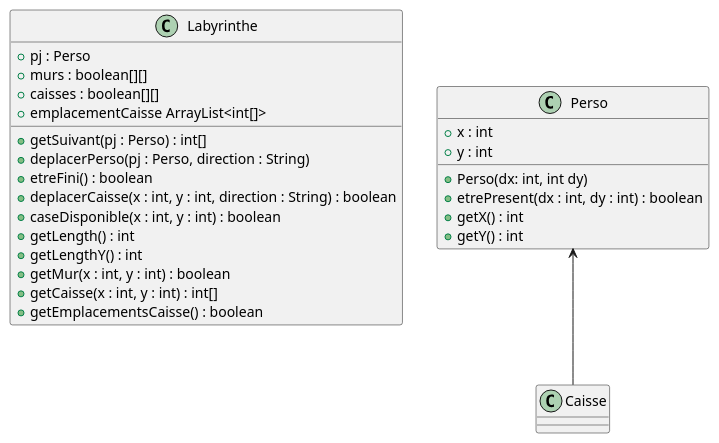
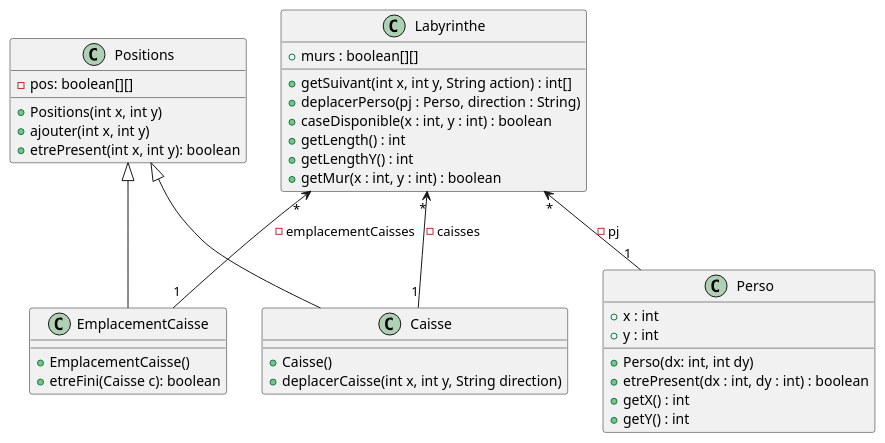
The diagram in documents/version_3/Modification du diagramme de classe de Labyrinthe.puml (Flotss/Zeldiablo), drawn with PlantUML before and after one commit. The commit also changed 1 other file, not shown here.

```diff
--- a/documents/version_3/Modification du diagramme de classe de Labyrinthe.puml
+++ b/documents/version_3/Modification du diagramme de classe de Labyrinthe.puml
@@ -1,35 +1,46 @@
 @startuml
 
 class Labyrinthe{
-    + pj : Perso
     + murs : boolean[][]
-    + caisses : boolean[][]
-    + emplacementCaisse ArrayList<int[]>
-    + getSuivant(pj : Perso) : int[]
+    + getSuivant(int x, int y, String action) : int[]
     + deplacerPerso(pj : Perso, direction : String)
-    + etreFini() : boolean
-    + deplacerCaisse(x : int, y : int, direction : String) : boolean
     + caseDisponible(x : int, y : int) : boolean
     + getLength() : int
     + getLengthY() : int
     + getMur(x : int, y : int) : boolean
-    + getCaisse(x : int, y : int) : int[]
-    + getEmplacementsCaisse() : boolean
+}
+
+class Positions{
+    - pos: boolean[][]
+    + Positions(int x, int y)
+    + ajouter(int x, int y)
+    + etrePresent(int x, int y): boolean
 }
 
 class Caisse {
+    + Caisse()
+    + deplacerCaisse(int x, int y, String direction)
+}
+
+class EmplacementCaisse {
+    + EmplacementCaisse()
+    + etreFini(Caisse c): boolean
 }
 
 class Perso {
     + x : int
     + y : int
     + Perso(dx: int, int dy)
     + etrePresent(dx : int, dy : int) : boolean
     + getX() : int
     + getY() : int
 }
+Labyrinthe "*" <-- "1" Perso : - pj
 
-Perso <-- Caisse
+Labyrinthe "*" <-- "1" Caisse : - caisses
 
+Labyrinthe "*" <-- "1" EmplacementCaisse : - emplacementCaisses
 
+Positions <|-- Caisse
+Positions <|-- EmplacementCaisse
 @enduml
```
